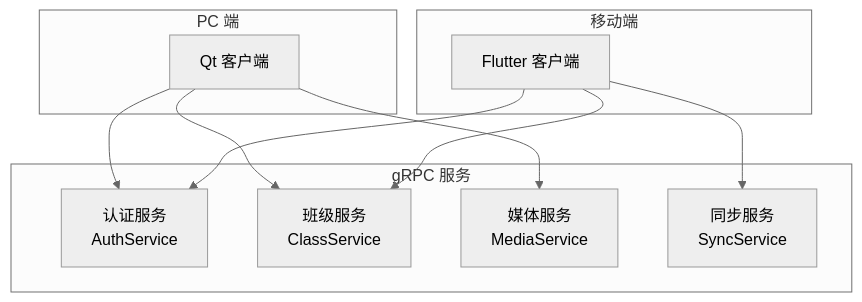
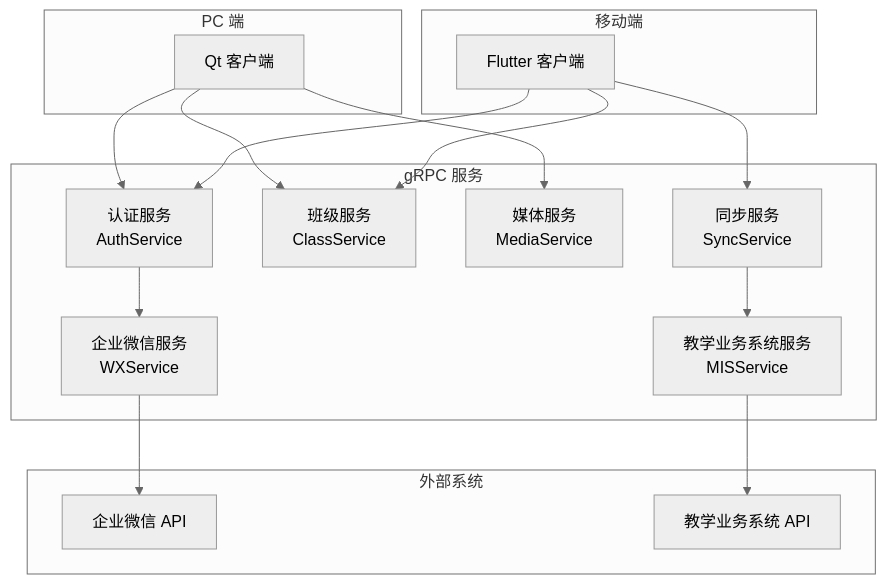
One commit to IdEvEbI/sky-edu-docs changed the fourth of 12 diagrams in docs/projects/sky-edu-classroom-screen-sharing/003_system-architecture_系统架构设计文档.md. Above: the diagram before and after it, drawn with Mermaid (neutral theme). The commit also changed other lines of this file, not shown here.

````diff
--- a/docs/projects/sky-edu-classroom-screen-sharing/003_system-architecture_系统架构设计文档.md
+++ b/docs/projects/sky-edu-classroom-screen-sharing/003_system-architecture_系统架构设计文档.md
@@ -191,24 +301,35 @@
 ```mermaid
 graph TB
     subgraph "gRPC 服务"
         Auth[认证服务<br/>AuthService]
         Class[班级服务<br/>ClassService]
         Media[媒体服务<br/>MediaService]
         Sync[同步服务<br/>SyncService]
+        WX[企业微信服务<br/>WXService]
+        MIS[教学业务系统服务<br/>MISService]
     end
-    
+
     subgraph "PC 端"
         QtClient[Qt 客户端]
     end
-    
+
     subgraph "移动端"
         FlutterClient[Flutter 客户端]
     end
-    
+
+    subgraph "外部系统"
+        WXAPI[企业微信 API]
+        MISAPI[教学业务系统 API]
+    end
+
     QtClient --> Auth
     QtClient --> Class
     QtClient --> Media
     FlutterClient --> Auth
     FlutterClient --> Class
     FlutterClient --> Sync
+    Auth --> WX
+    Sync --> MIS
+    WX --> WXAPI
+    MIS --> MISAPI
 ```
````
